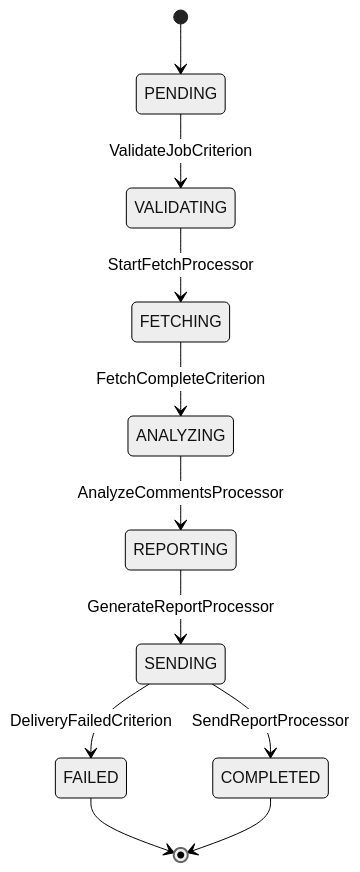
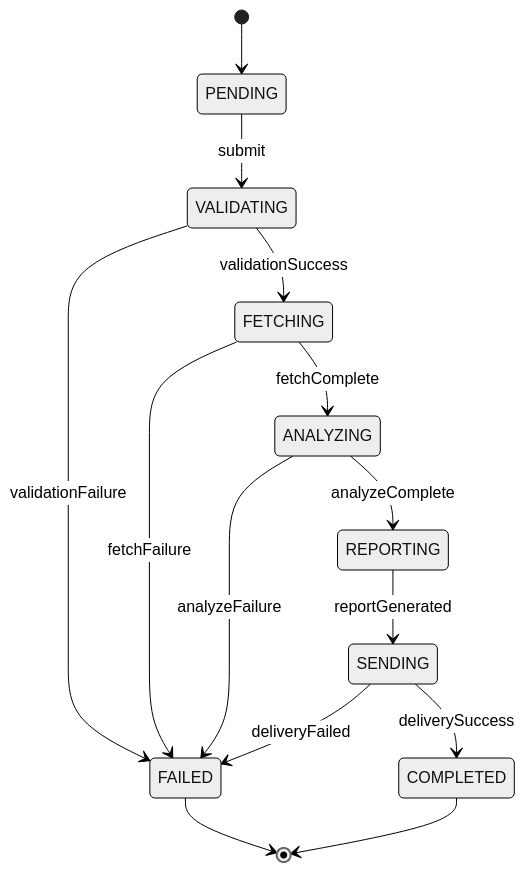
The first of 3 diagrams in src/main/java/com/java_template/prototype/functional_requirement.md (Cyoda-platform/java-client-template), drawn with Mermaid (neutral theme) before and after one commit. The commit also changed other lines of this file, not shown here.

````diff
--- a/src/main/java/com/java_template/prototype/functional_requirement.md
+++ b/src/main/java/com/java_template/prototype/functional_requirement.md
@@ -46,13 +99,16 @@
 ```mermaid
 stateDiagram-v2
     [*] --> PENDING
-    PENDING --> VALIDATING : ValidateJobCriterion
-    VALIDATING --> FETCHING : StartFetchProcessor
-    FETCHING --> ANALYZING : FetchCompleteCriterion
-    ANALYZING --> REPORTING : AnalyzeCommentsProcessor
-    REPORTING --> SENDING : GenerateReportProcessor
-    SENDING --> COMPLETED : SendReportProcessor
-    SENDING --> FAILED : DeliveryFailedCriterion
+    PENDING --> VALIDATING : submit
+    VALIDATING --> FETCHING : validationSuccess
+    VALIDATING --> FAILED : validationFailure
+    FETCHING --> ANALYZING : fetchComplete
+    FETCHING --> FAILED : fetchFailure
+    ANALYZING --> REPORTING : analyzeComplete
+    ANALYZING --> FAILED : analyzeFailure
+    REPORTING --> SENDING : reportGenerated
+    SENDING --> COMPLETED : deliverySuccess
+    SENDING --> FAILED : deliveryFailed
     FAILED --> [*]
     COMPLETED --> [*]
 ```
````
